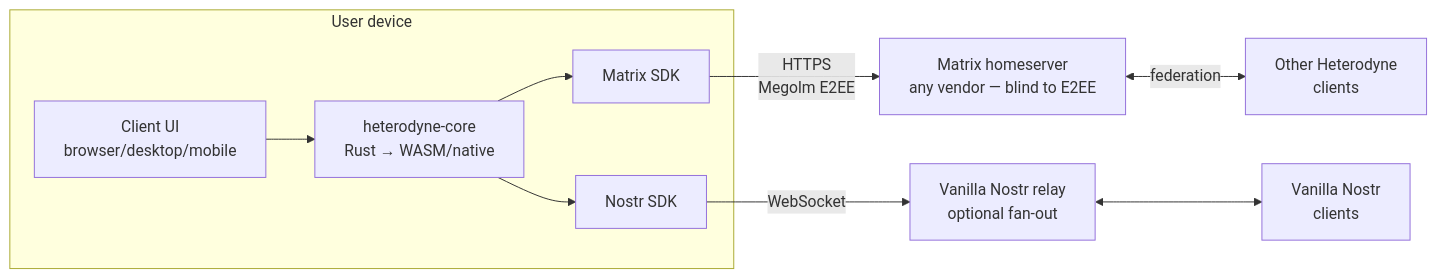
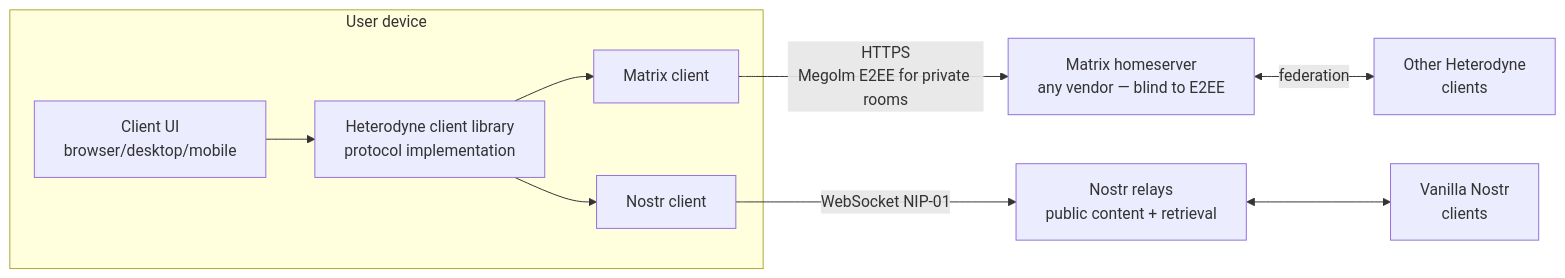
The diagram in docs/architecture.md (HeterodyneNetwork/HeterodyneProtocol), drawn with Mermaid before and after one commit. The commit also changed other lines of this file and 5 other files, not shown here.

First line of the commit message:
Spec v0.1.3: public rooms as indexes; retrieval protocol

````diff
--- a/docs/architecture.md
+++ b/docs/architecture.md
@@ -120,17 +162,17 @@
 ```mermaid
 flowchart LR
     subgraph Device["User device"]
         UI[Client UI<br/>browser/desktop/mobile]
-        Core[heterodyne-core<br/>Rust → WASM/native]
-        MSDK[Matrix SDK]
-        NSDK[Nostr SDK]
+        Core[Heterodyne client library<br/>protocol implementation]
+        MSDK[Matrix client]
+        NSDK[Nostr client]
         UI --> Core
         Core --> MSDK
         Core --> NSDK
     end
 
-    MSDK -->|HTTPS<br/>Megolm E2EE| HS[Matrix homeserver<br/>any vendor — blind to E2EE]
-    NSDK -->|WebSocket| Relay[Vanilla Nostr relay<br/>optional fan-out]
+    MSDK -->|HTTPS<br/>Megolm E2EE for private rooms| HS[Matrix homeserver<br/>any vendor — blind to E2EE]
+    NSDK -->|WebSocket NIP-01| Relay[Nostr relays<br/>public content + retrieval]
     HS <-->|federation| Peers[Other Heterodyne<br/>clients]
     Relay <--> NPeers[Vanilla Nostr<br/>clients]
 ```
````
